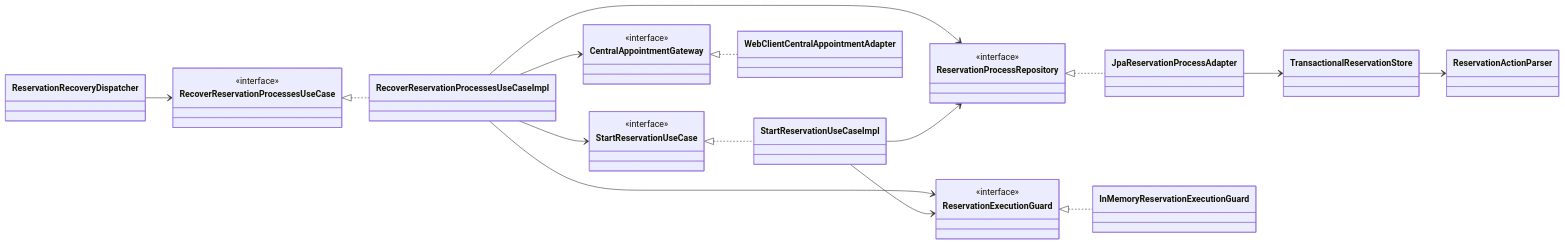
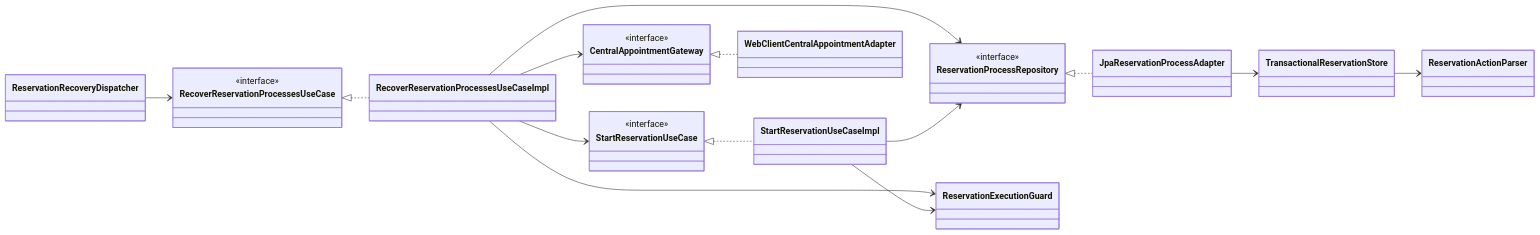
One commit to prog2-perassiferrara/backend-turnos changed the first of 2 diagrams in docs/features/recuperacion-procesos/PLAN.md. Above: the diagram before and after it, drawn with Mermaid. The commit also changed other lines of this file and 50 other files, not shown here.

Commit message:
docs: consolidate current architecture and delivery instructions

````diff
--- a/docs/features/recuperacion-procesos/PLAN.md
+++ b/docs/features/recuperacion-procesos/PLAN.md
@@ -59,33 +45,30 @@
 ```mermaid
 classDiagram
   direction LR
   class RecoverReservationProcessesUseCase {
     <<interface>>
   }
   class StartReservationUseCase {
     <<interface>>
   }
   class ReservationProcessRepository {
     <<interface>>
   }
-  class ReservationExecutionGuard {
-    <<interface>>
-  }
+  class ReservationExecutionGuard
   class CentralAppointmentGateway {
     <<interface>>
   }
   RecoverReservationProcessesUseCase <|.. RecoverReservationProcessesUseCaseImpl
   StartReservationUseCase <|.. StartReservationUseCaseImpl
   ReservationProcessRepository <|.. JpaReservationProcessAdapter
-  ReservationExecutionGuard <|.. InMemoryReservationExecutionGuard
   CentralAppointmentGateway <|.. WebClientCentralAppointmentAdapter
   ReservationRecoveryDispatcher --> RecoverReservationProcessesUseCase
   RecoverReservationProcessesUseCaseImpl --> ReservationProcessRepository
   RecoverReservationProcessesUseCaseImpl --> CentralAppointmentGateway
   RecoverReservationProcessesUseCaseImpl --> StartReservationUseCase
   RecoverReservationProcessesUseCaseImpl --> ReservationExecutionGuard
   StartReservationUseCaseImpl --> ReservationExecutionGuard
   StartReservationUseCaseImpl --> ReservationProcessRepository
   JpaReservationProcessAdapter --> TransactionalReservationStore
   TransactionalReservationStore --> ReservationActionParser
 ```
````
